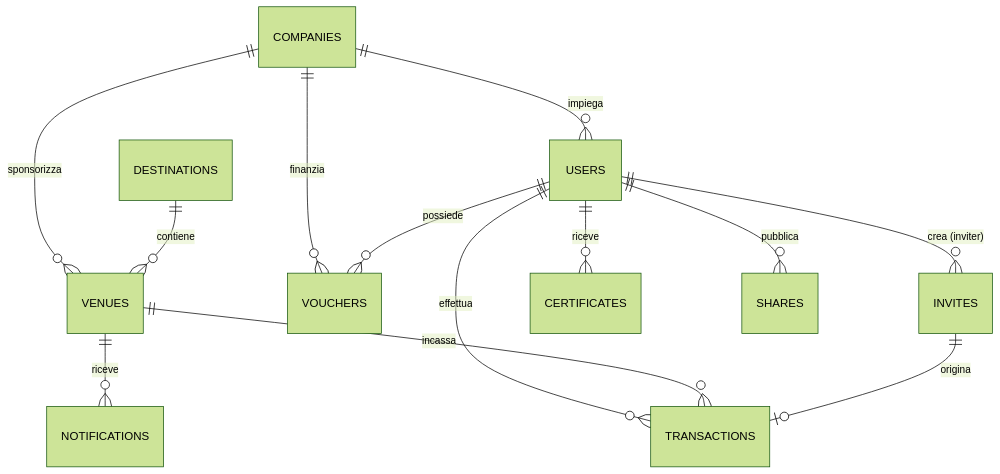
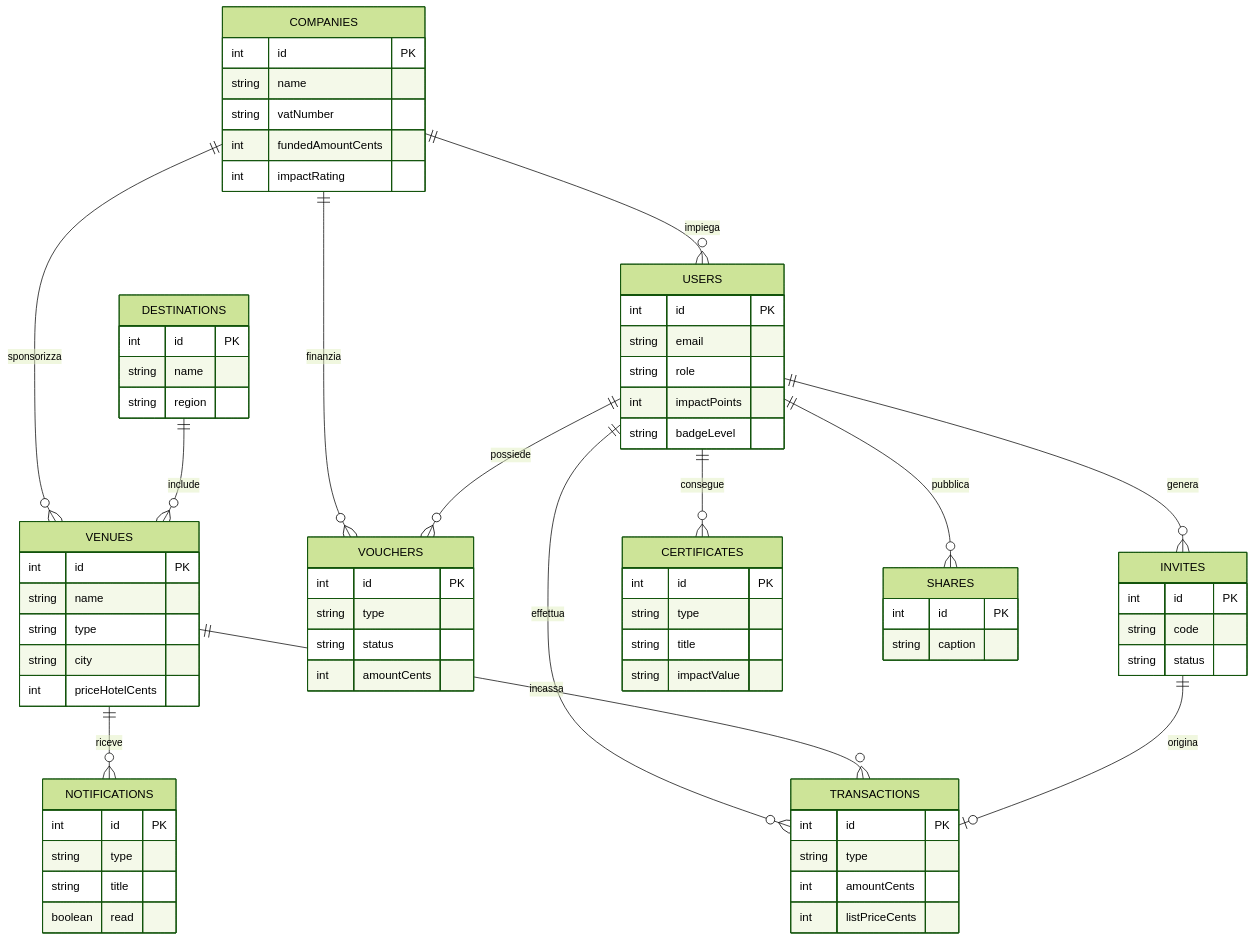
One commit to EmanueleDeCandia/corporate-welfare-platform changed the diagram in README.md. Above: the diagram before and after it, drawn with Mermaid (forest theme).

Commit message:
docs: fix Mermaid ER diagram syntax for GitHub rendering

````diff
--- a/README.md
+++ b/README.md
@@ -105,15 +105,75 @@
 ```mermaid
 erDiagram
-    COMPANIES ||--o{ USERS : "impiega"
-    COMPANIES ||--o{ VENUES : "sponsorizza"
-    COMPANIES ||--o{ VOUCHERS : "finanzia"
-    DESTINATIONS ||--o{ VENUES : "contiene"
-    USERS ||--o{ VOUCHERS : "possiede"
-    USERS ||--o{ INVITES : "crea (inviter)"
-    USERS ||--o{ TRANSACTIONS : "effettua"
-    USERS ||--o{ CERTIFICATES : "riceve"
-    USERS ||--o{ SHARES : "pubblica"
-    VENUES ||--o{ TRANSACTIONS : "incassa"
-    VENUES ||--o{ NOTIFICATIONS : "riceve"
-    INVITES ||--o| TRANSACTIONS : "origina"
+    COMPANIES ||--o{ USERS : impiega
+    COMPANIES ||--o{ VENUES : sponsorizza
+    COMPANIES ||--o{ VOUCHERS : finanzia
+    DESTINATIONS ||--o{ VENUES : include
+    USERS ||--o{ VOUCHERS : possiede
+    USERS ||--o{ INVITES : genera
+    USERS ||--o{ TRANSACTIONS : effettua
+    USERS ||--o{ CERTIFICATES : consegue
+    USERS ||--o{ SHARES : pubblica
+    VENUES ||--o{ TRANSACTIONS : incassa
+    VENUES ||--o{ NOTIFICATIONS : riceve
+    INVITES ||--o| TRANSACTIONS : origina
+
+    COMPANIES {
+        int id PK
+        string name
+        string vatNumber
+        int fundedAmountCents
+        int impactRating
+    }
+    DESTINATIONS {
+        int id PK
+        string name
+        string region
+    }
+    USERS {
+        int id PK
+        string email
+        string role
+        int impactPoints
+        string badgeLevel
+    }
+    VENUES {
+        int id PK
+        string name
+        string type
+        string city
+        int priceHotelCents
+    }
+    VOUCHERS {
+        int id PK
+        string type
+        string status
+        int amountCents
+    }
+    INVITES {
+        int id PK
+        string code
+        string status
+    }
+    TRANSACTIONS {
+        int id PK
+        string type
+        int amountCents
+        int listPriceCents
+    }
+    NOTIFICATIONS {
+        int id PK
+        string type
+        string title
+        boolean read
+    }
+    CERTIFICATES {
+        int id PK
+        string type
+        string title
+        string impactValue
+    }
+    SHARES {
+        int id PK
+        string caption
+    }
 ```
````
